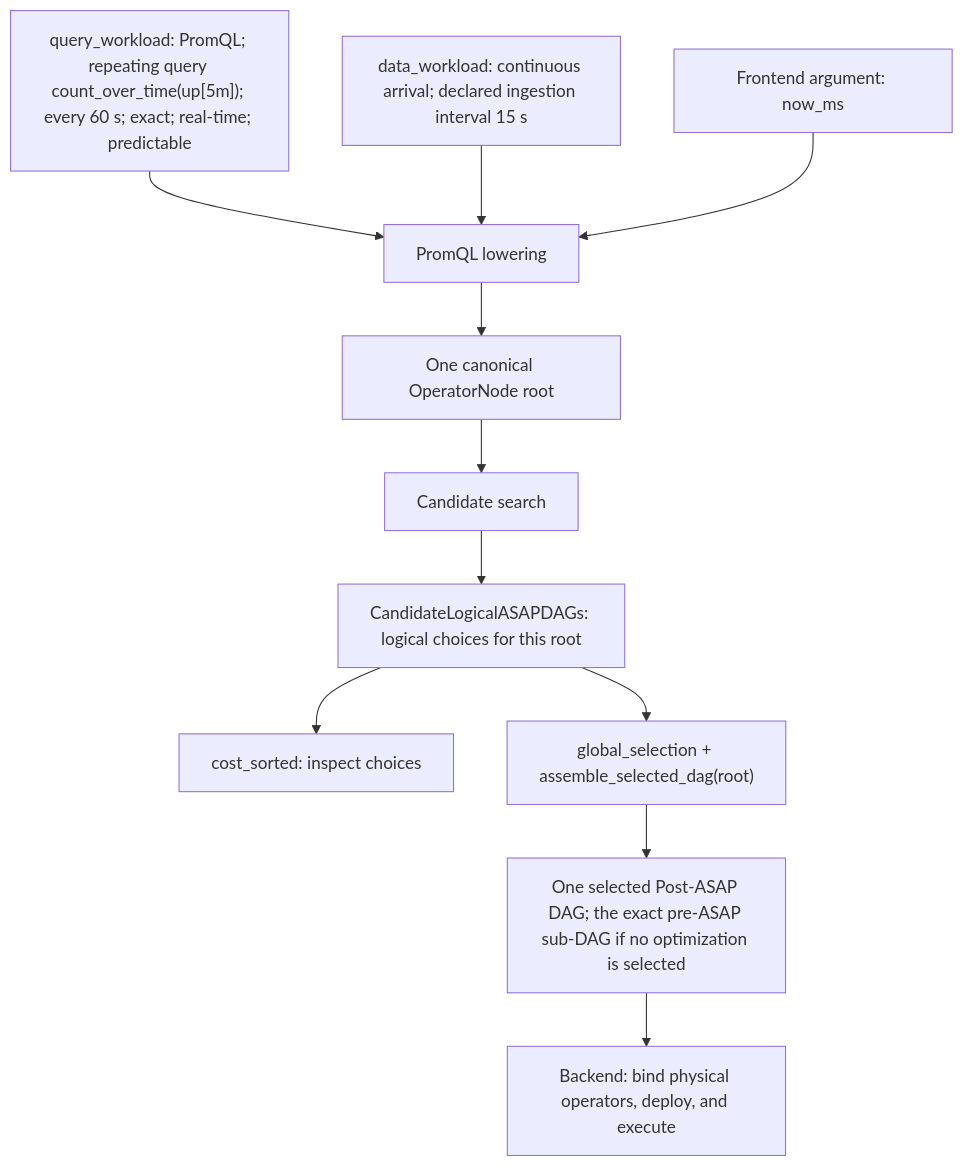
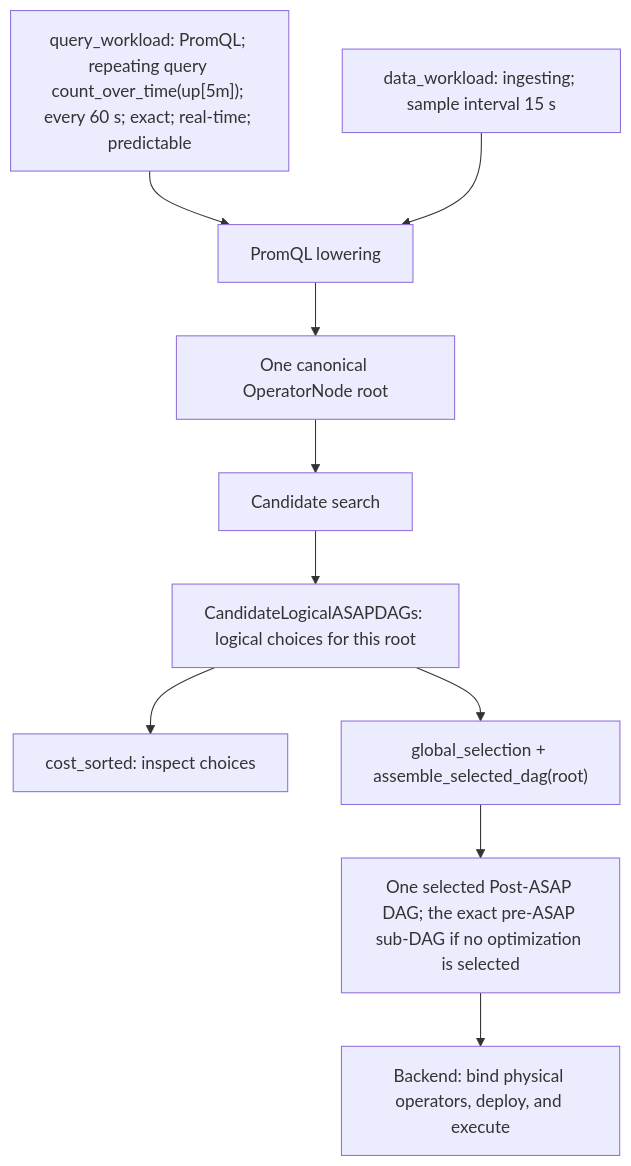
One commit to ProjectASAP/ASAPPlanner changed the first of 2 diagrams in docs/design_docs/architecture/input-output-workflow.md. Above: the diagram before and after it, drawn with Mermaid. The commit also changed other lines of this file and 3 other files, not shown here.

Commit message:
docs: DataWorkload arrival and per-source facts in the library and input docs

````diff
--- a/docs/design_docs/architecture/input-output-workflow.md
+++ b/docs/design_docs/architecture/input-output-workflow.md
@@ -64,20 +64,18 @@
 ```mermaid
 flowchart TD
     Q["query_workload: PromQL; repeating query count_over_time(up[5m]); every 60 s; exact; real-time; predictable"]
-    D["data_workload: continuous arrival; declared ingestion interval 15 s"]
-    T["Frontend argument: now_ms"]
+    D["data_workload: ingesting; sample interval 15 s"]
     F["PromQL lowering"]
     R["One canonical OperatorNode root"]
     S["Candidate search"]
     P["CandidateLogicalASAPDAGs: logical choices for this root"]
     I["cost_sorted: inspect choices"]
     G["global_selection + assemble_selected_dag(root)"]
     L["One selected Post-ASAP DAG; the exact pre-ASAP sub-DAG if no optimization is selected"]
     B["Backend: bind physical operators, deploy, and execute"]
     Q --> F
     D --> F
-    T --> F
     F --> R --> S --> P
     P --> I
     P --> G --> L --> B
 ```
````
